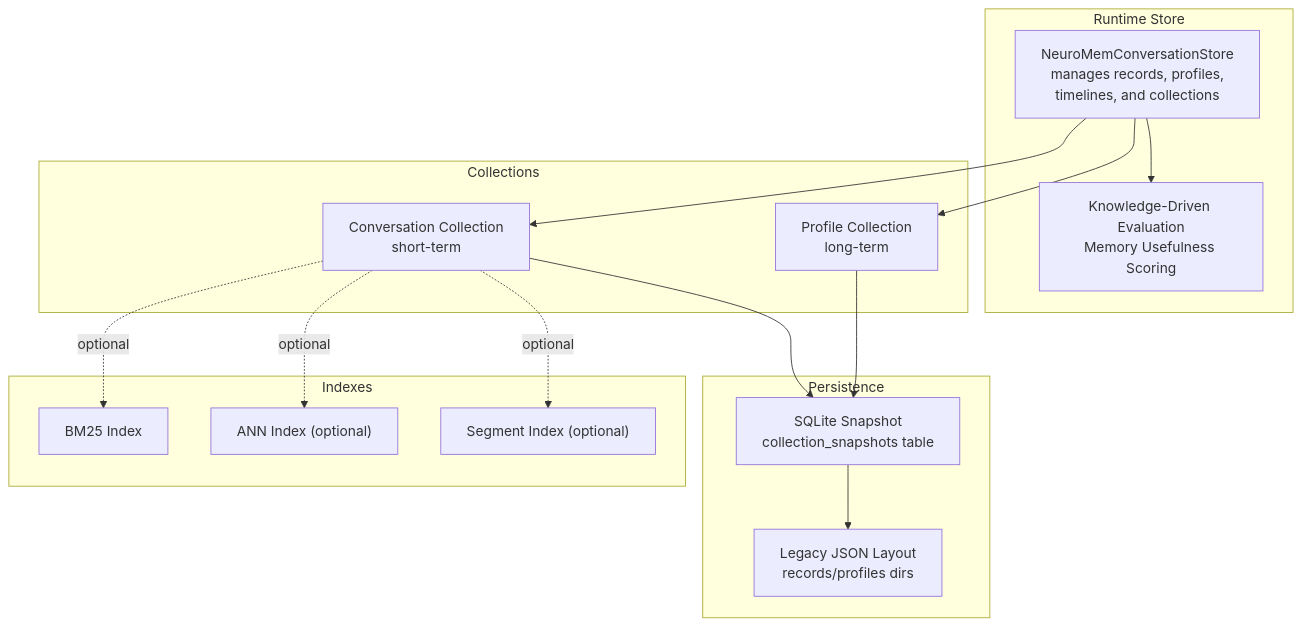
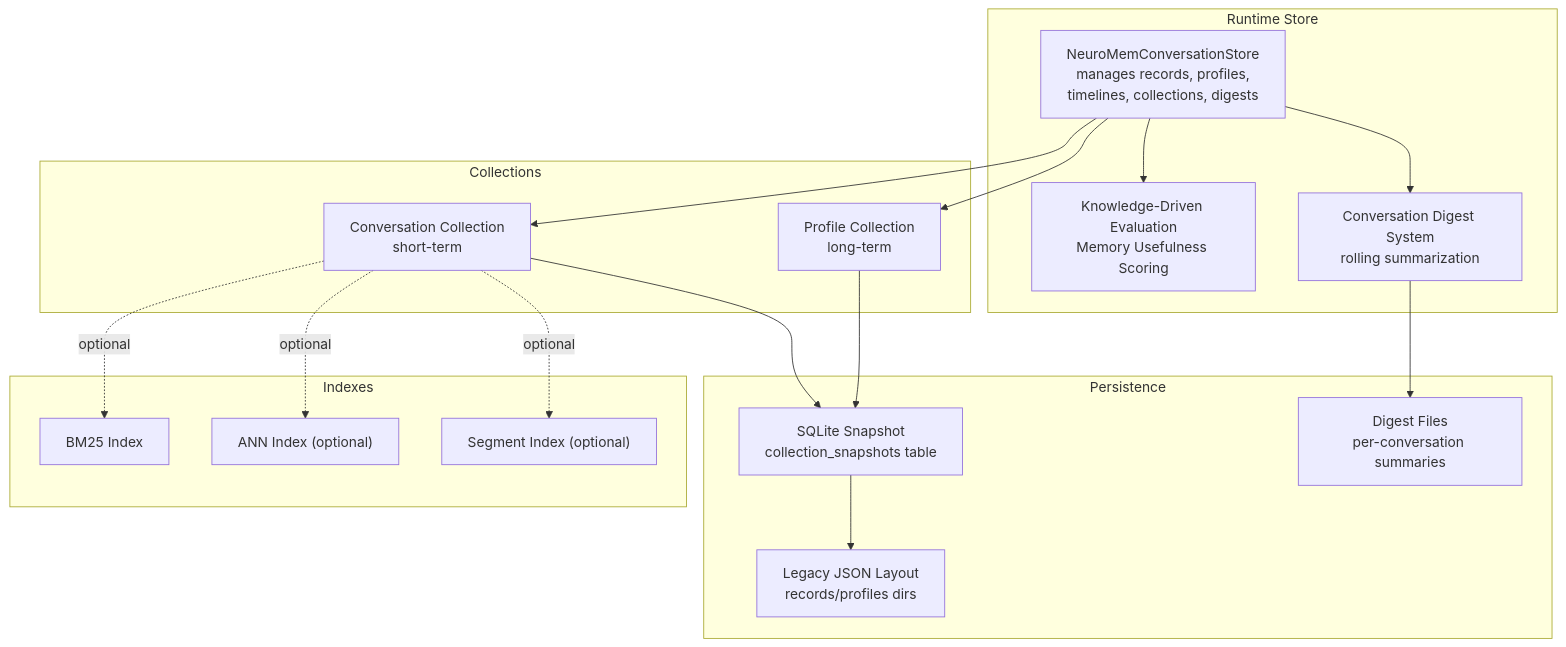
Before and after one commit to intellistream/sage-mate: the first of 3 diagrams in .qoder/repowiki/en/content/Memory Systems/Conversation Memory.md, drawn with Mermaid. The commit also changed other lines of this file and 101 other files, not shown here.

````diff
--- a/.qoder/repowiki/en/content/Memory Systems/Conversation Memory.md
+++ b/.qoder/repowiki/en/content/Memory Systems/Conversation Memory.md
@@ -41,29 +45,33 @@
 ```mermaid
 graph TB
 subgraph "Runtime Store"
-NCS["NeuroMemConversationStore<br/>manages records, profiles,<br/>timelines, and collections"]
+NCS["NeuroMemConversationStore<br/>manages records, profiles,<br/>timelines, collections, digests"]
 KUS["Knowledge-Driven Evaluation<br/>Memory Usefulness Scoring"]
+CD["Conversation Digest System<br/>rolling summarization"]
 end
 subgraph "Collections"
 ConvColl["Conversation Collection<br/>short-term"]
 ProfColl["Profile Collection<br/>long-term"]
 end
 subgraph "Persistence"
 SQLite["SQLite Snapshot<br/>collection_snapshots table"]
 Disk["Legacy JSON Layout<br/>records/profiles dirs"]
+Digests["Digest Files<br/>per-conversation summaries"]
 end
 subgraph "Indexes"
 BM25["BM25 Index"]
 ANN["ANN Index (optional)"]
 Segment["Segment Index (optional)"]
 end
 NCS --> ConvColl
 NCS --> ProfColl
 NCS --> KUS
+NCS --> CD
 ConvColl --> SQLite
 ProfColl --> SQLite
+CD --> Digests
 ConvColl -. optional .-> BM25
 ConvColl -. optional .-> ANN
 ConvColl -. optional .-> Segment
 SQLite --> Disk
 ```
````
